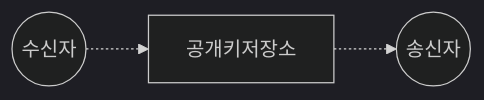
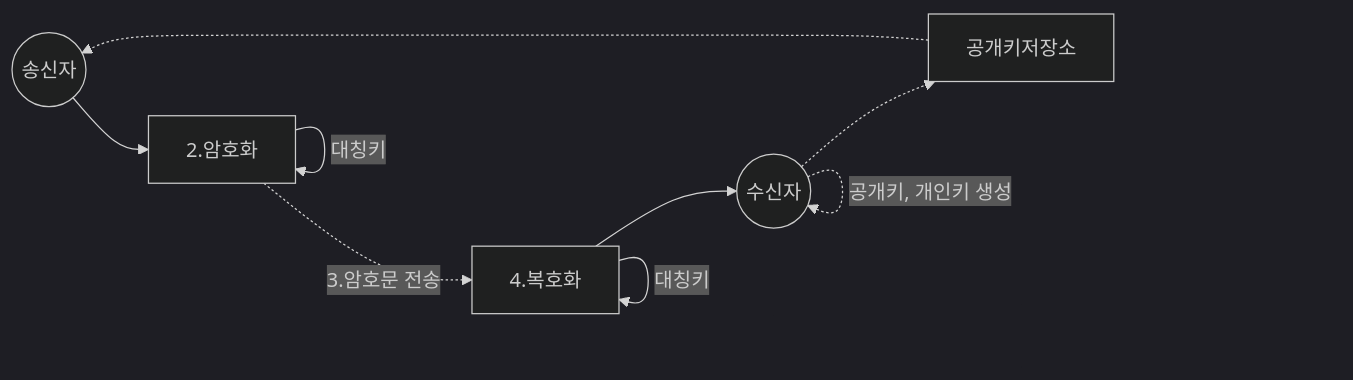
One commit to 1sonjm/1sonjm.github.io changed the second of 3 diagrams in _posts/develop/network/2019-02-12-TLS.md. Above: the diagram before and after it, drawn with Mermaid (dark theme). The commit also changed other lines of this file, not shown here.

Commit message:
_posts/develop/network/2019-02-12-TLS.md updated from https://stackedit.io/

````diff
--- a/_posts/develop/network/2019-02-12-TLS.md
+++ b/_posts/develop/network/2019-02-12-TLS.md
@@ -34,7 +34,13 @@
 ```mermaid
 graph LR
 	sender((송신자))
 	reciver((수신자))
+	reciver-.->|공개키, 개인키 생성|reciver
 	reciver-.->공개키저장소
 	공개키저장소-.->sender
+	sender-->2.암호화
+	2.암호화-->|대칭키|2.암호화
+	2.암호화-.->|3.암호문 전송|4.복호화
+	4.복호화-->|대칭키|4.복호화
+	4.복호화-->reciver
 ```
````
